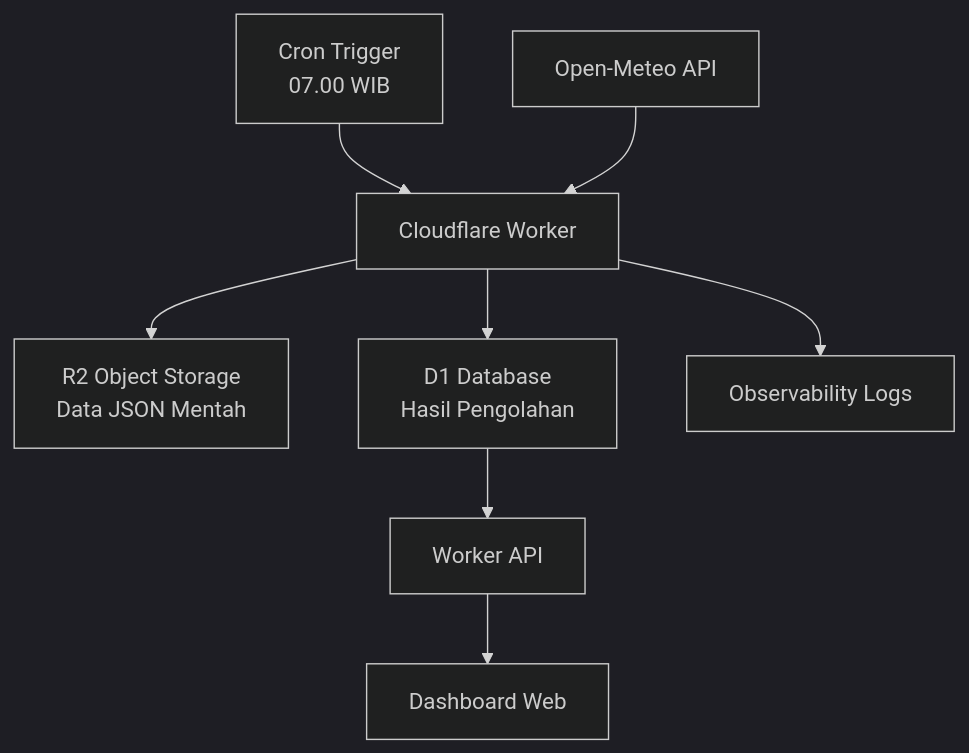
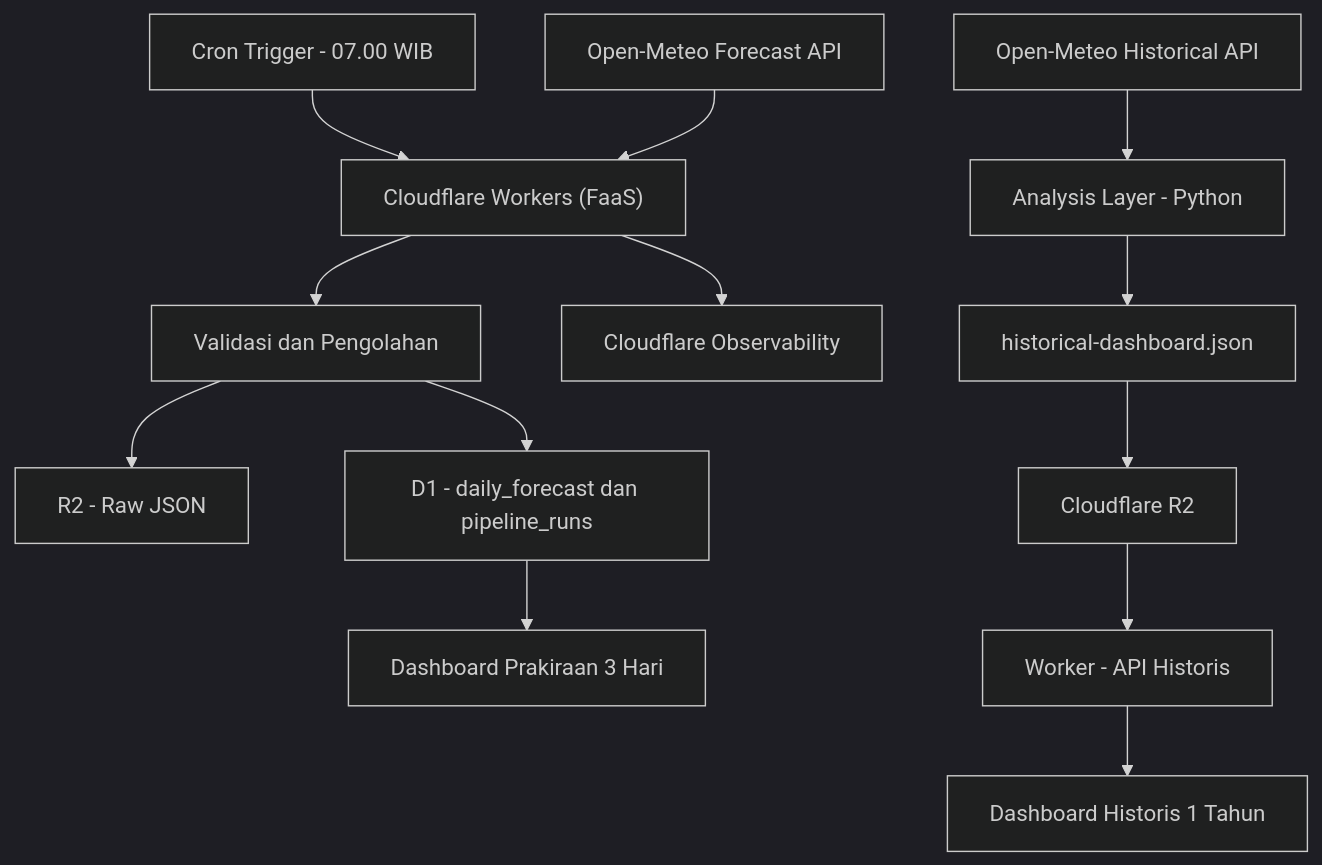
Before and after one commit to samuelpangestu83-stack/kopwan-kelompok-4-topik-1: the diagram in docs/architecture.md, drawn with Mermaid (dark theme). The commit also changed other lines of this file, not shown here.

First line of the commit message:
Revise architecture documentation for serverless pipeline

````diff
--- a/docs/architecture.md
+++ b/docs/architecture.md
@@ -16,10 +17,17 @@
 ```mermaid
 flowchart TD
-    A["Cron Trigger<br/>07.00 WIB"] --> B["Cloudflare Worker"]
-    C["Open-Meteo API"] --> B
-    B --> D["R2 Object Storage<br/>Data JSON Mentah"]
-    B --> E["D1 Database<br/>Hasil Pengolahan"]
-    E --> F["Worker API"]
-    F --> G["Dashboard Web"]
-    B --> H["Observability Logs"]
+    A["Cron Trigger - 07.00 WIB"] --> B["Cloudflare Workers (FaaS)"]
+    C["Open-Meteo Forecast API"] --> B
+    B --> D["Validasi dan Pengolahan"]
+    D --> E["R2 - Raw JSON"]
+    D --> F["D1 - daily_forecast dan pipeline_runs"]
+    F --> G["Dashboard Prakiraan 3 Hari"]
+
+    H["Open-Meteo Historical API"] --> I["Analysis Layer - Python"]
+    I --> J["historical-dashboard.json"]
+    J --> K["Cloudflare R2"]
+    K --> L["Worker - API Historis"]
+    L --> M["Dashboard Historis 1 Tahun"]
+
+    B --> N["Cloudflare Observability"]
 ```
````
